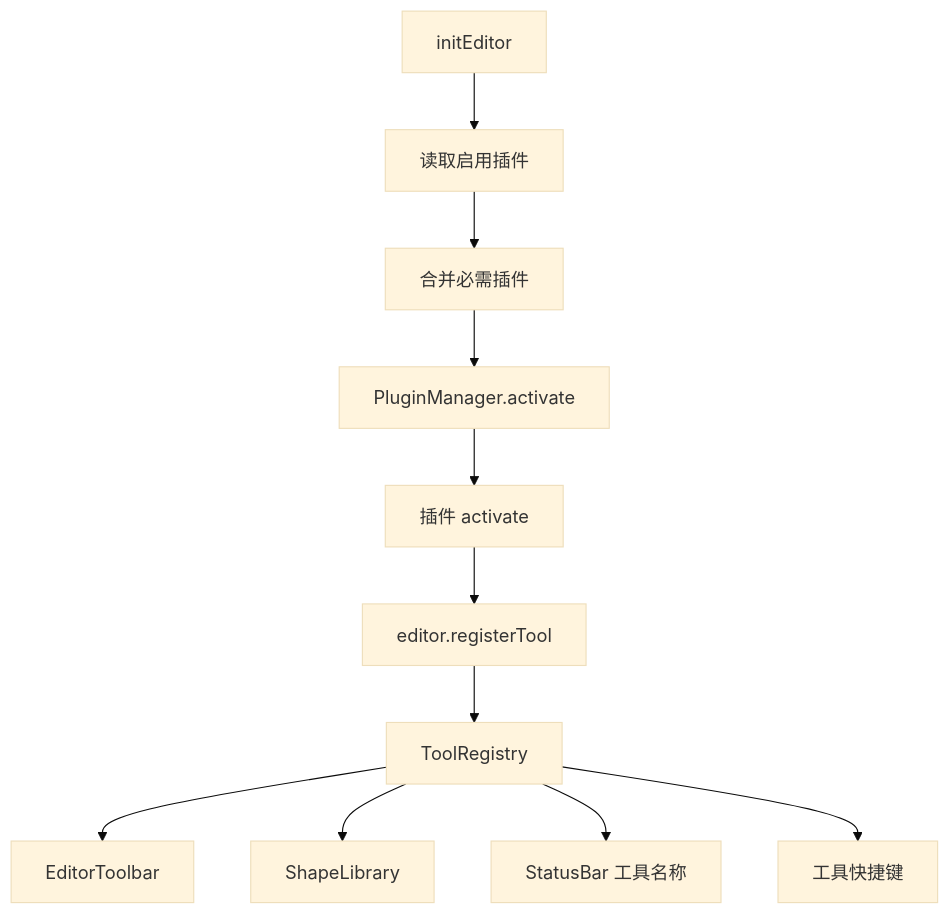
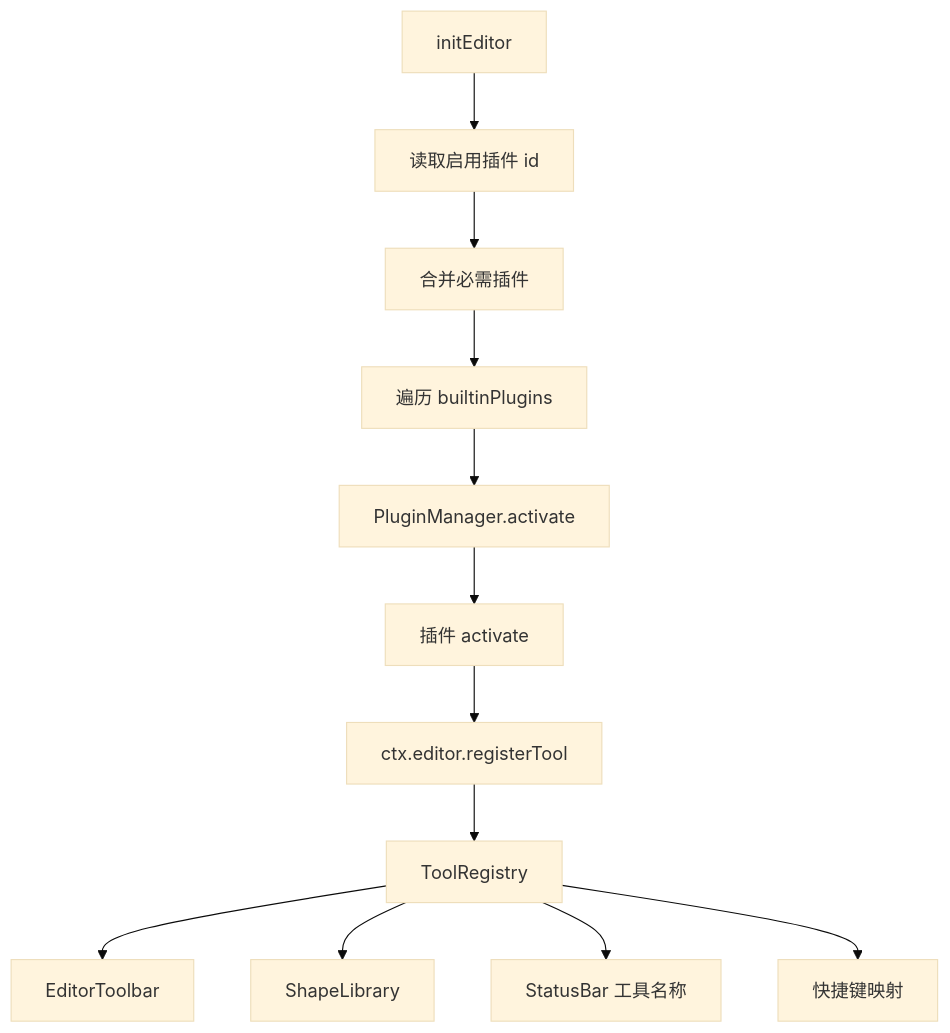
Before and after one commit to 2992362310/leafer-flow: the first of 3 diagrams in docs/plugin-architecture.md, drawn with Mermaid (base theme). The commit also changed other lines of this file and 43 other files, not shown here.

Commit message:
Modularize editor plugin architecture

````diff
--- a/docs/plugin-architecture.md
+++ b/docs/plugin-architecture.md
@@ -99,13 +126,14 @@
 ```mermaid
 flowchart TD
-    A[initEditor] --> B[读取启用插件]
+    A[initEditor] --> B[读取启用插件 id]
     B --> C[合并必需插件]
-    C --> D[PluginManager.activate]
-    D --> E[插件 activate]
-    E --> F[editor.registerTool]
-    F --> G[ToolRegistry]
-    G --> H[EditorToolbar]
-    G --> I[ShapeLibrary]
-    G --> J[StatusBar 工具名称]
-    G --> K[工具快捷键]
+    C --> D[遍历 builtinPlugins]
+    D --> E[PluginManager.activate]
+    E --> F[插件 activate]
+    F --> G[ctx.editor.registerTool]
+    G --> H[ToolRegistry]
+    H --> I[EditorToolbar]
+    H --> J[ShapeLibrary]
+    H --> K[StatusBar 工具名称]
+    H --> L[快捷键映射]
 ```
````
